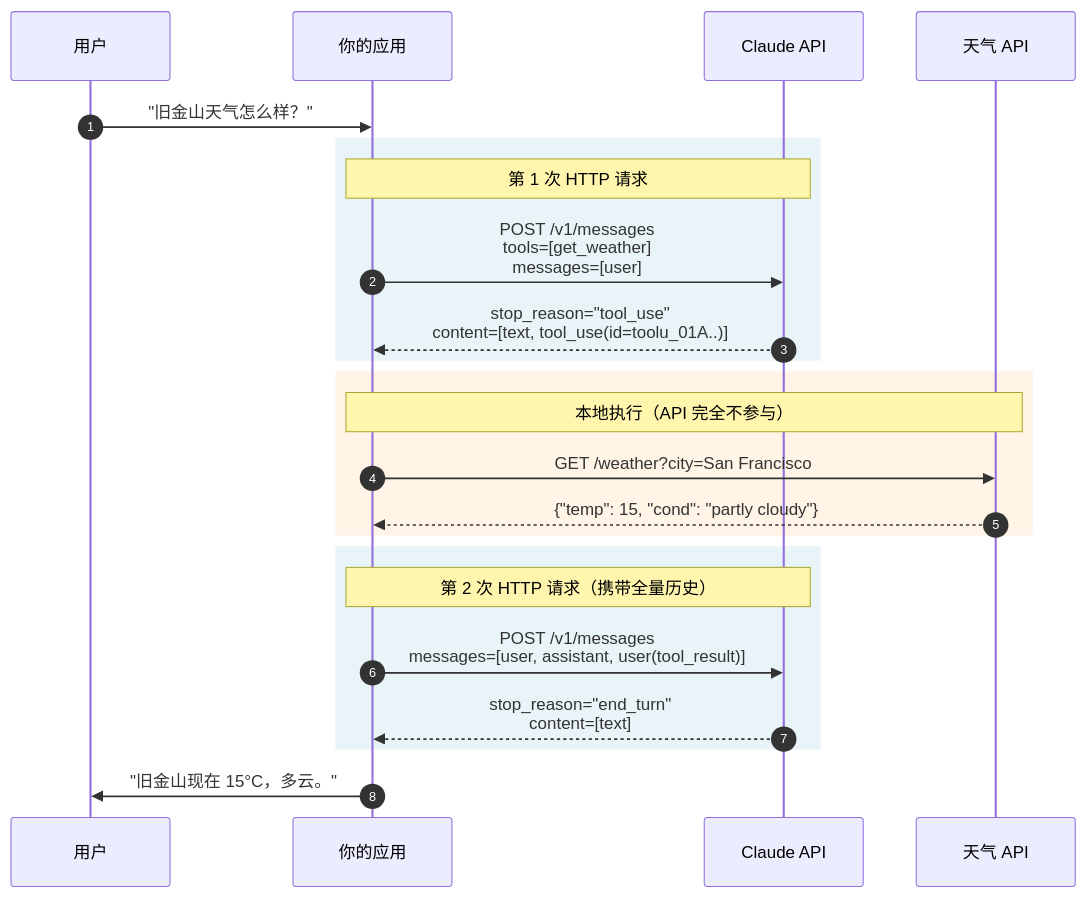
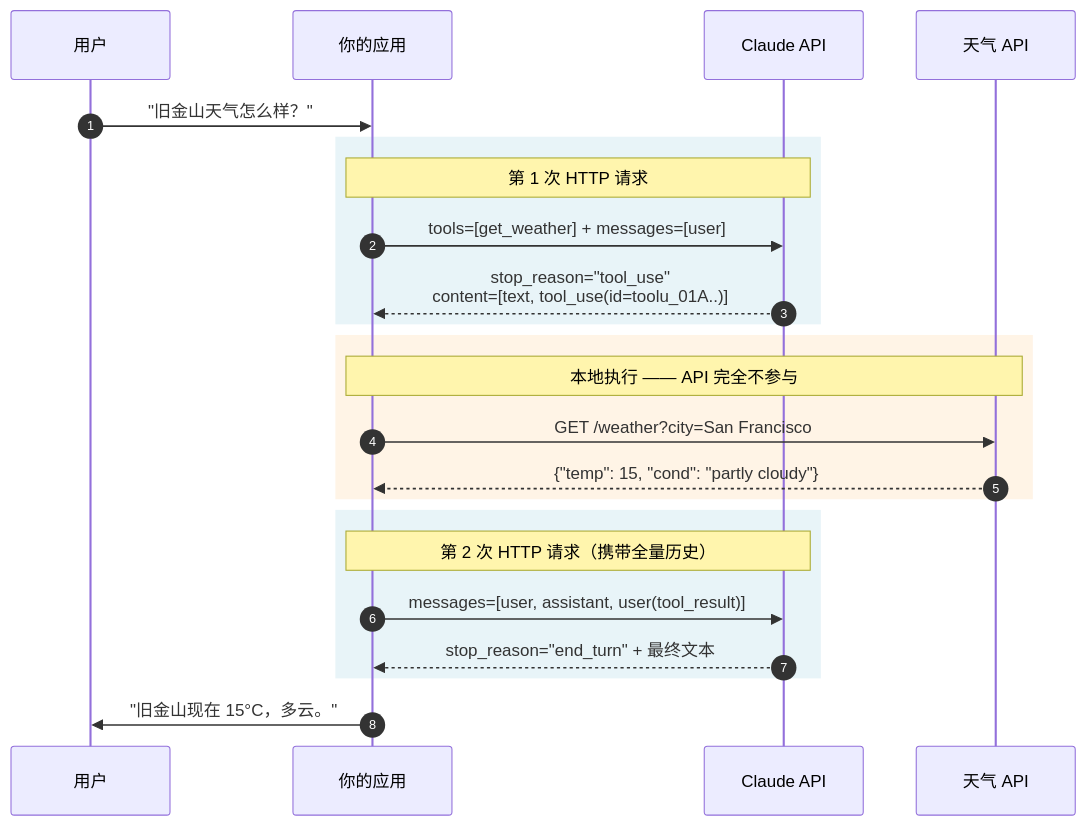
One commit to caiboyang/ML-learning changed the third of 6 diagrams in phase3_tool_usage/Tool_Use_Study_Notes.md. Above: the diagram before and after it, drawn with Mermaid. The commit also changed other lines of this file and 1 other file, not shown here.

````diff
--- a/phase3_tool_usage/Tool_Use_Study_Notes.md
+++ b/phase3_tool_usage/Tool_Use_Study_Notes.md
@@ -979,30 +302,30 @@
 ```mermaid
 sequenceDiagram
     autonumber
     participant U as 用户
     participant A as 你的应用
     participant C as Claude API
     participant T as 天气 API
 
     U->>A: "旧金山天气怎么样？"
 
     rect rgb(232, 244, 248)
     Note over A,C: 第 1 次 HTTP 请求
-    A->>C: POST /v1/messages<br/>tools=[get_weather]<br/>messages=[user]
+    A->>C: tools=[get_weather] + messages=[user]
     C-->>A: stop_reason="tool_use"<br/>content=[text, tool_use(id=toolu_01A..)]
     end
 
     rect rgb(255, 244, 230)
-    Note over A,T: 本地执行（API 完全不参与）
+    Note over A,T: 本地执行 —— API 完全不参与
     A->>T: GET /weather?city=San Francisco
     T-->>A: {"temp": 15, "cond": "partly cloudy"}
     end
 
     rect rgb(232, 244, 248)
     Note over A,C: 第 2 次 HTTP 请求（携带全量历史）
-    A->>C: POST /v1/messages<br/>messages=[user, assistant, user(tool_result)]
-    C-->>A: stop_reason="end_turn"<br/>content=[text]
+    A->>C: messages=[user, assistant, user(tool_result)]
+    C-->>A: stop_reason="end_turn" + 最终文本
     end
 
     A->>U: "旧金山现在 15°C，多云。"
 ```
````
